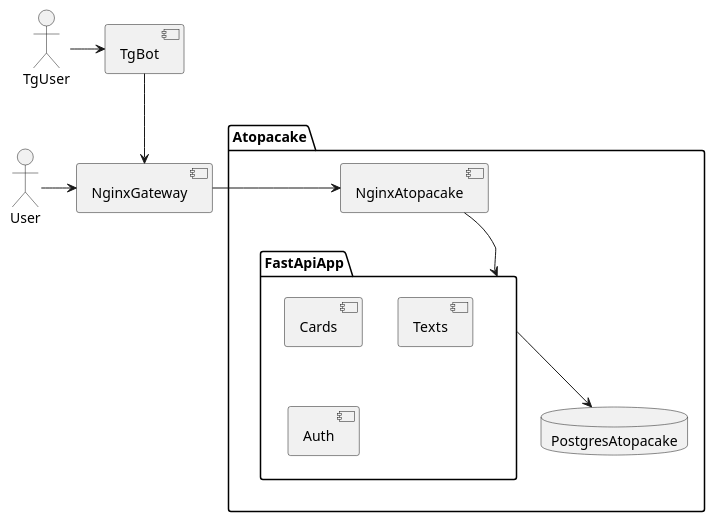
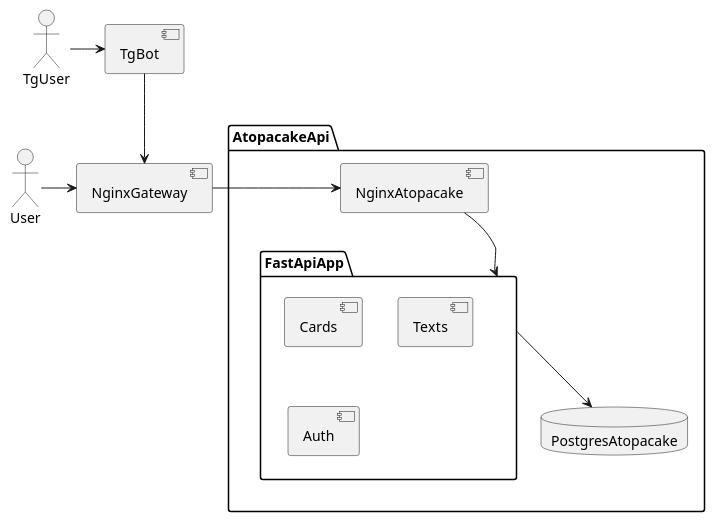
Before and after one commit to HoneyBebra/telegram-cards: the diagram in architecture/current_architecture.puml, drawn with PlantUML. The commit also changed 1 other file, not shown here.

Commit message:
Update architecture

```diff
--- a/architecture/current_architecture.puml
+++ b/architecture/current_architecture.puml
@@ -1,25 +1,25 @@
 @startuml
 actor User
 actor TgUser
 component NginxGateway
 component TgBot
 
-package Atopacake {
+package AtopacakeApi {
   component NginxAtopacake
   database PostgresAtopacake
 
   package FastApiApp {
     component Cards
     component Texts
     component Auth
   }
 }
 
 
 User -> NginxGateway
 NginxGateway -> NginxAtopacake
 NginxAtopacake -down-> FastApiApp
 TgUser -> TgBot
 TgBot -down-> NginxGateway
 FastApiApp -down-> PostgresAtopacake
 @enduml
```
